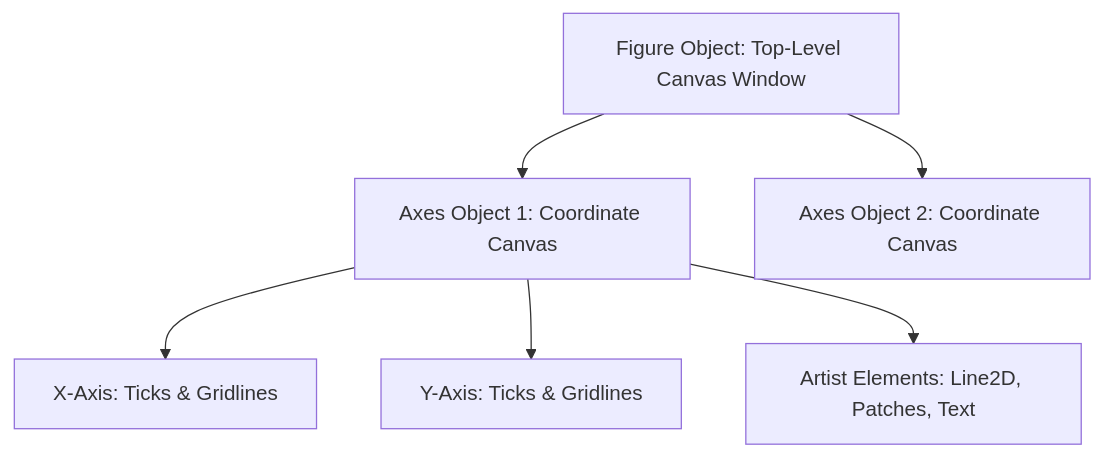
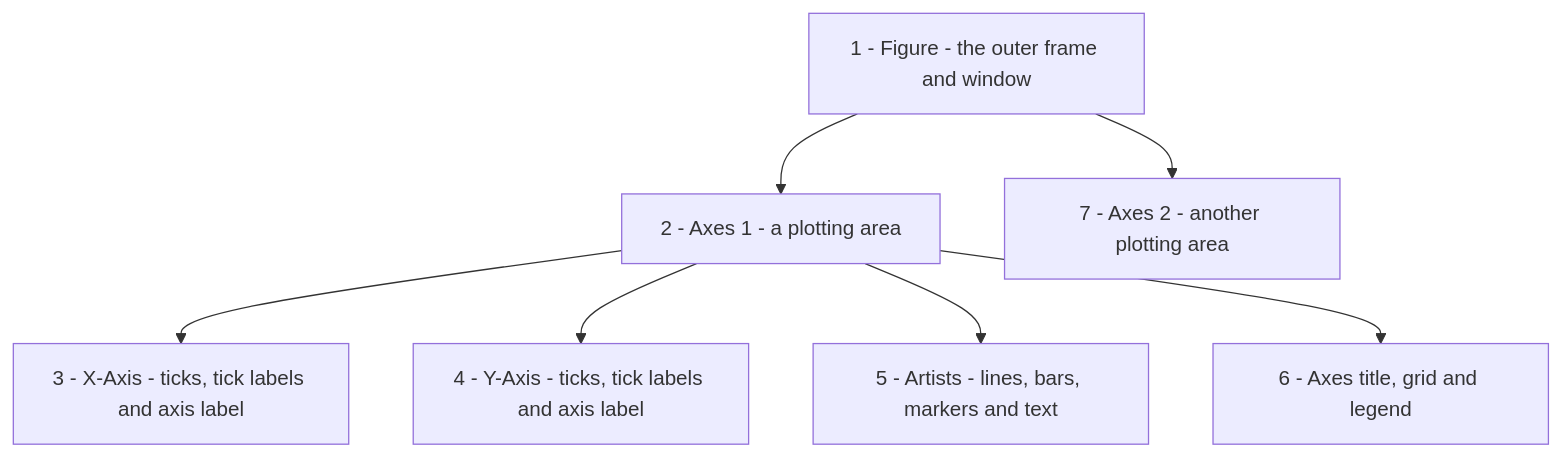
Before and after one commit to ag999git/001-mkdocs: the first of 5 diagrams in docs/15-matplotlib/070-ch15-conceptual-qa.md, drawn with Mermaid. The commit also changed other lines of this file, not shown here.

````diff
--- a/docs/15-matplotlib/070-ch15-conceptual-qa.md
+++ b/docs/15-matplotlib/070-ch15-conceptual-qa.md
@@ -21,10 +300,9 @@
 ```mermaid
 graph TD
-    Figure[Figure Object: Top-Level Canvas Window] --> Axes1[Axes Object 1: Coordinate Canvas]
-    Figure --> Axes2[Axes Object 2: Coordinate Canvas]
-    Axes1 --> AxisX[X-Axis: Ticks & Gridlines]
-    Axes1 --> AxisY[Y-Axis: Ticks & Gridlines]
-    Axes1 --> Artist[Artist Elements: Line2D, Patches, Text]
-
-
+    A[1 - Figure - the outer frame and window] --> B[2 - Axes 1 - a plotting area]
+    A --> C[7 - Axes 2 - another plotting area]
+    B --> D[3 - X-Axis - ticks, tick labels and axis label]
+    B --> E[4 - Y-Axis - ticks, tick labels and axis label]
+    B --> F[5 - Artists - lines, bars, markers and text]
+    B --> G[6 - Axes title, grid and legend]
 ```
````
